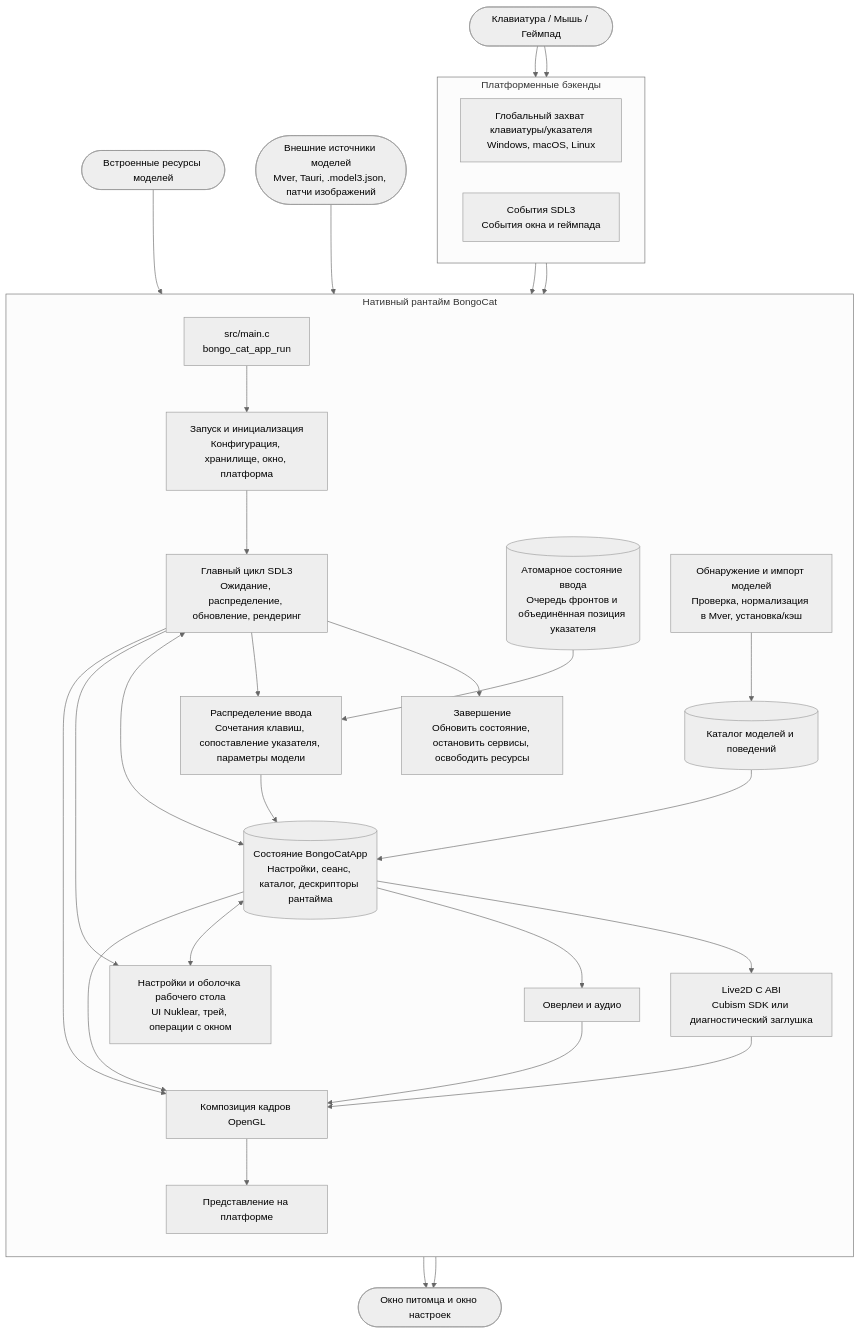
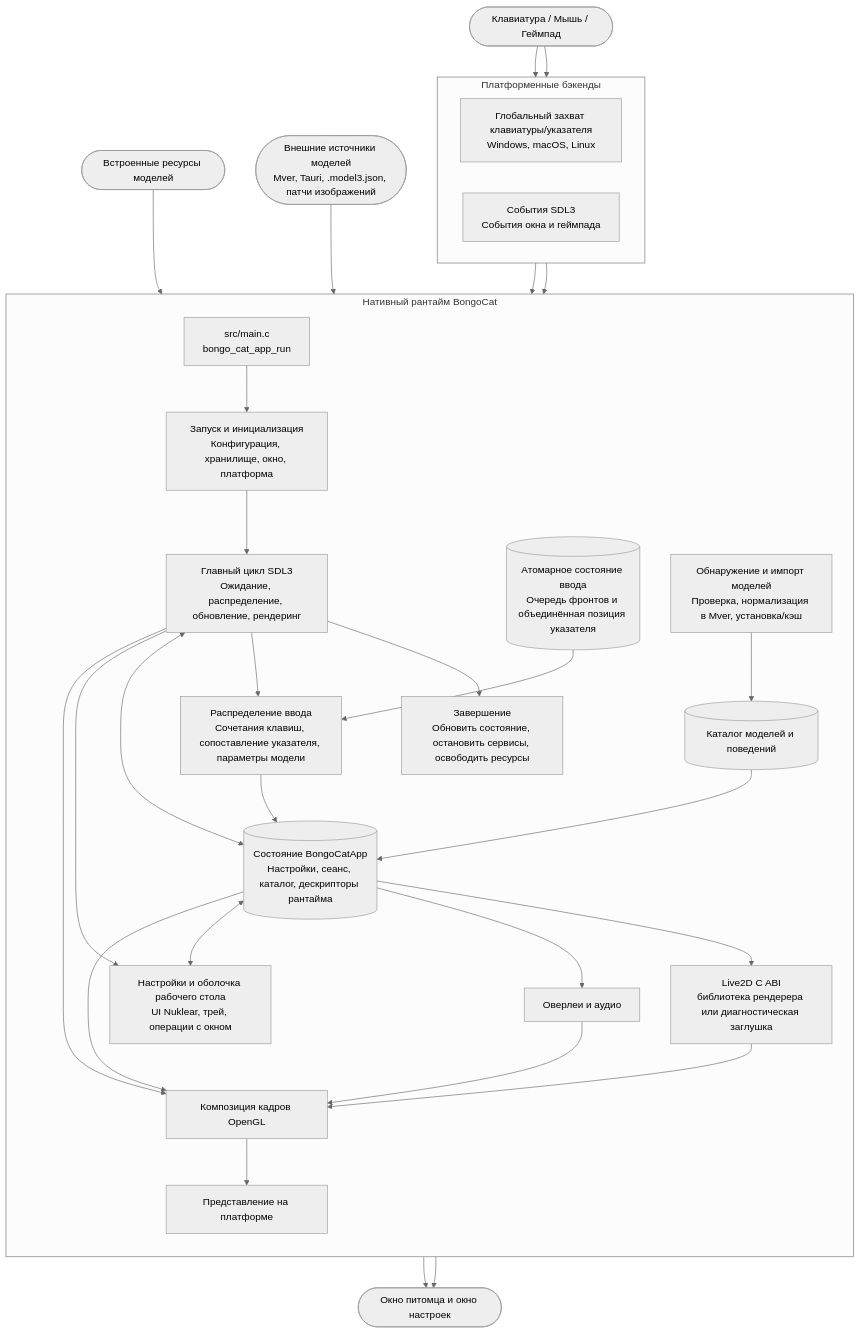
One commit to TianMengLucky/BongoCat-X changed the diagram in docs/README.ru-RU.md. Above: the diagram before and after it, drawn with Mermaid (neutral theme). The commit also changed other lines of this file and 62 other files, not shown here.

Commit message:
feat. Live2D SDK but Plugin mode

````diff
--- a/docs/README.ru-RU.md
+++ b/docs/README.ru-RU.md
@@ -198,49 +201,49 @@
 ```mermaid
 flowchart TB
   Input(["Клавиатура / Мышь / Геймпад"])
   BuiltIn(["Встроенные ресурсы моделей"])
   Sources(["Внешние источники моделей<br/>Mver, Tauri, .model3.json, патчи изображений"])
   Desktop(["Окно питомца и окно настроек"])
   subgraph Runtime["Нативный рантайм BongoCat"]
     direction TB
     Entry["src/main.c<br/>bongo_cat_app_run"]
     Startup["Запуск и инициализация<br/>Конфигурация, хранилище, окно, платформа"]
     Loop["Главный цикл SDL3<br/>Ожидание, распределение, обновление, рендеринг"]
     Shutdown["Завершение<br/>Обновить состояние, остановить сервисы, освободить ресурсы"]
     InputQueue[("Атомарное состояние ввода<br/>Очередь фронтов и объединённая позиция указателя")]
     InputDispatch["Распределение ввода<br/>Сочетания клавиш, сопоставление указателя, параметры модели"]
     State[("Состояние BongoCatApp<br/>Настройки, сеанс, каталог, дескрипторы рантайма")]
     Import["Обнаружение и импорт моделей<br/>Проверка, нормализация в Mver, установка/кэш"]
     Catalog[("Каталог моделей и поведений")]
-    Live2D["Live2D C ABI<br/>Cubism SDK или диагностический заглушка"]
+    Live2D["Live2D C ABI<br/>библиотека рендерера или диагностическая заглушка"]
     Overlay["Оверлеи и аудио"]
     Preferences["Настройки и оболочка рабочего стола<br/>UI Nuklear, трей, операции с окном"]
     Compose["Композиция кадров OpenGL"]
     Present["Представление на платформе"]
     Entry --> Startup --> Loop
     Loop --> Shutdown
     Loop --> InputDispatch --> State
     Loop <--> State
     State --> Live2D
     State --> Overlay
     State <--> Preferences
     Loop --> Preferences
     Catalog --> State
     State --> Compose
     Live2D --> Compose
     Overlay --> Compose
     Compose --> Present
     Loop --> Compose
   end
   subgraph Platform["Платформенные бэкенды"]
     direction LR
     Global["Глобальный захват клавиатуры/указателя<br/>Windows, macOS, Linux"]
     SDL["События SDL3<br/>События окна и геймпада"]
   end
   Input --> Global --> InputQueue --> InputDispatch
   Input --> SDL --> Loop
   BuiltIn --> Catalog
   Sources --> Import --> Catalog
   Present --> Desktop
   Preferences --> Desktop
 ```
````
